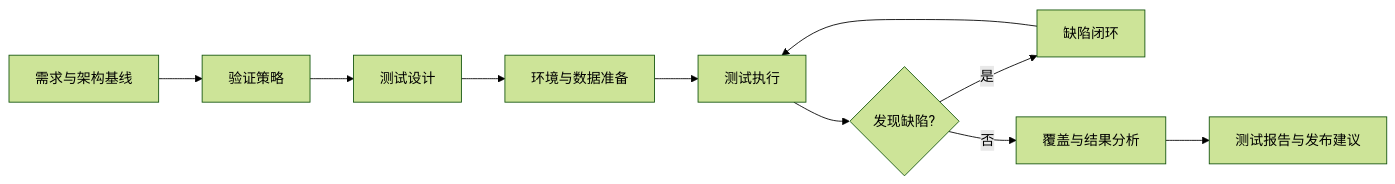
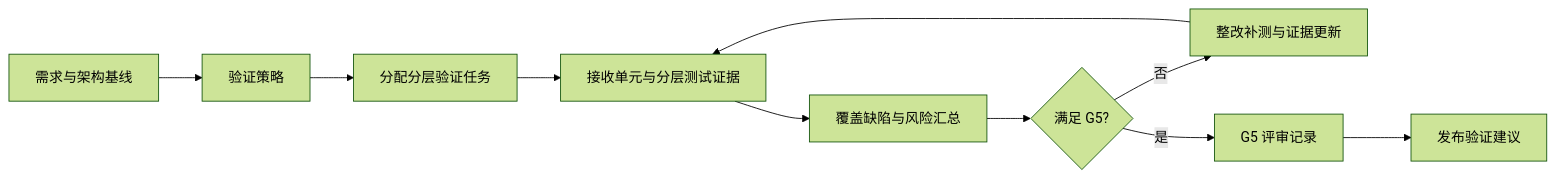
Before and after one commit to JianShiYao/MEES: the diagram in docs/01_Main_Process/04_验证确认过程.md, drawn with Mermaid (forest theme). The commit also changed other lines of this file and 24 other files, not shown here.

````diff
--- a/docs/01_Main_Process/04_验证确认过程.md
+++ b/docs/01_Main_Process/04_验证确认过程.md
@@ -64,12 +66,12 @@
 ```mermaid
 flowchart LR
     A[需求与架构基线] --> B[验证策略]
-    B --> C[测试设计]
-    C --> D[环境与数据准备]
-    D --> E[测试执行]
-    E --> F{发现缺陷?}
-    F -- 是 --> G[缺陷闭环]
-    G --> E
-    F -- 否 --> H[覆盖与结果分析]
-    H --> I[测试报告与发布建议]
+    B --> C[分配分层验证任务]
+    C --> D[接收单元与分层测试证据]
+    D --> E[覆盖缺陷与风险汇总]
+    E --> F{满足 G5?}
+    F -- 否 --> G[整改补测与证据更新]
+    G --> D
+    F -- 是 --> H[G5 评审记录]
+    H --> I[发布验证建议]
 ```
````
